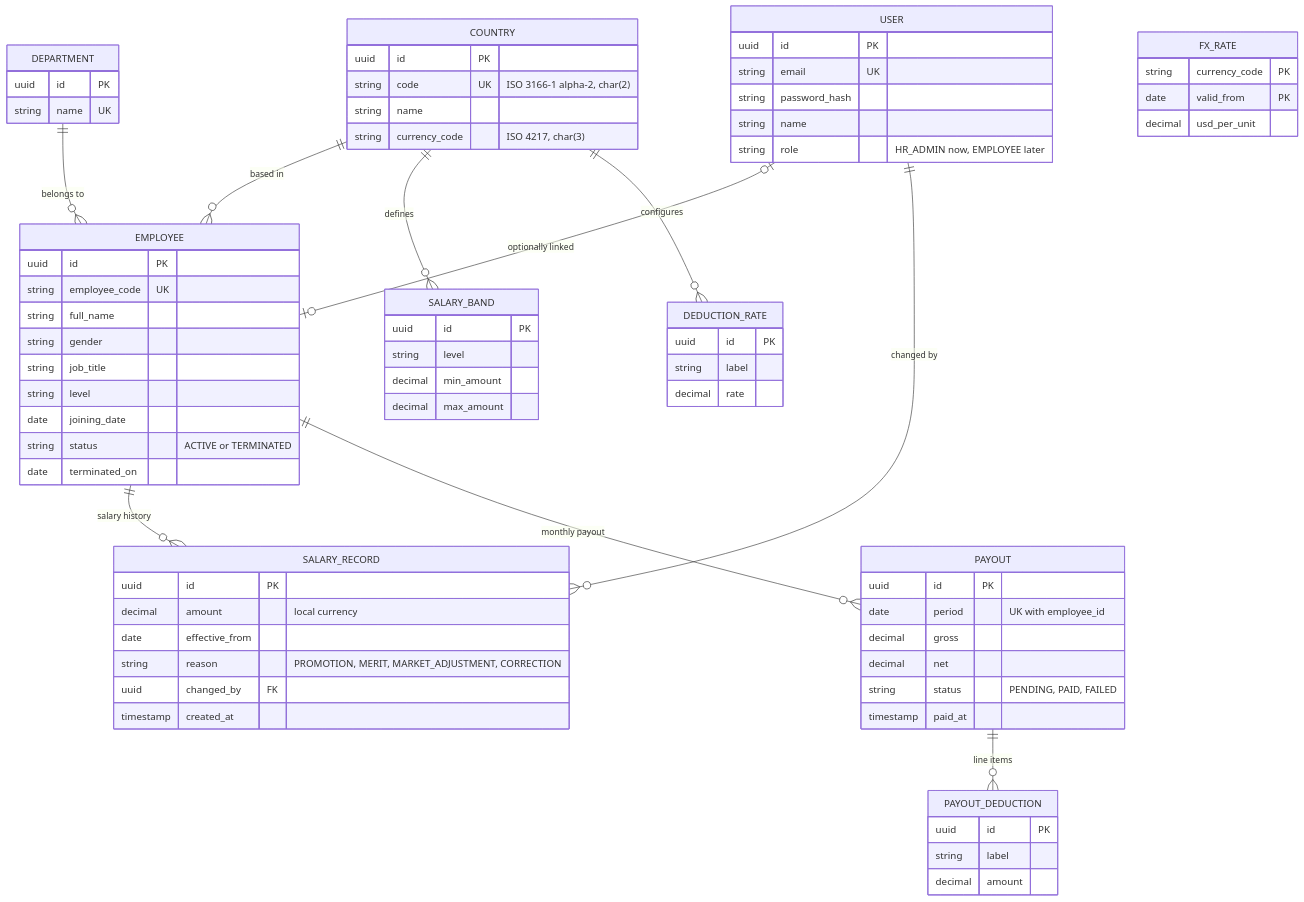
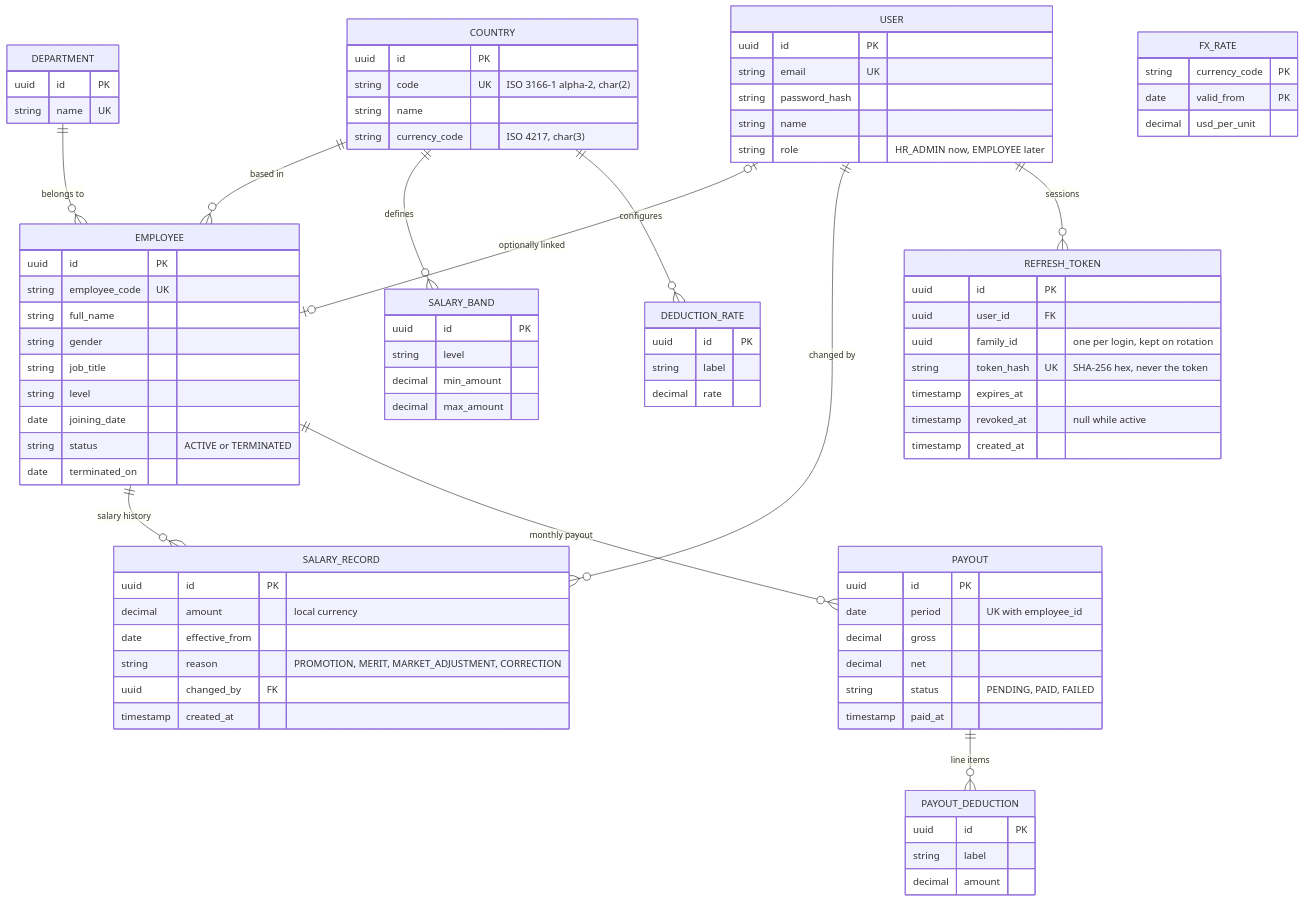
Before and after one commit to nishith7/acme-salary-management-app: the fourth of 5 diagrams in docs/architecture.md, drawn with Mermaid. The commit also changed other lines of this file and 3 other files, not shown here.

```diff
--- a/docs/architecture.md
+++ b/docs/architecture.md
@@ -64,6 +64,7 @@
   COUNTRY ||--o{ DEDUCTION_RATE : "configures"
   USER |o--o| EMPLOYEE : "optionally linked"
   USER ||--o{ SALARY_RECORD : "changed by"
+  USER ||--o{ REFRESH_TOKEN : "sessions"
 
   COUNTRY {
     uuid id PK
@@ -125,6 +126,15 @@
     string name
     string role "HR_ADMIN now, EMPLOYEE later"
   }
+  REFRESH_TOKEN {
+    uuid id PK
+    uuid user_id FK
+    uuid family_id "one per login, kept on rotation"
+    string token_hash UK "SHA-256 hex, never the token"
+    timestamp expires_at
+    timestamp revoked_at "null while active"
+    timestamp created_at
+  }
   FX_RATE {
     string currency_code PK
     date valid_from PK
```
